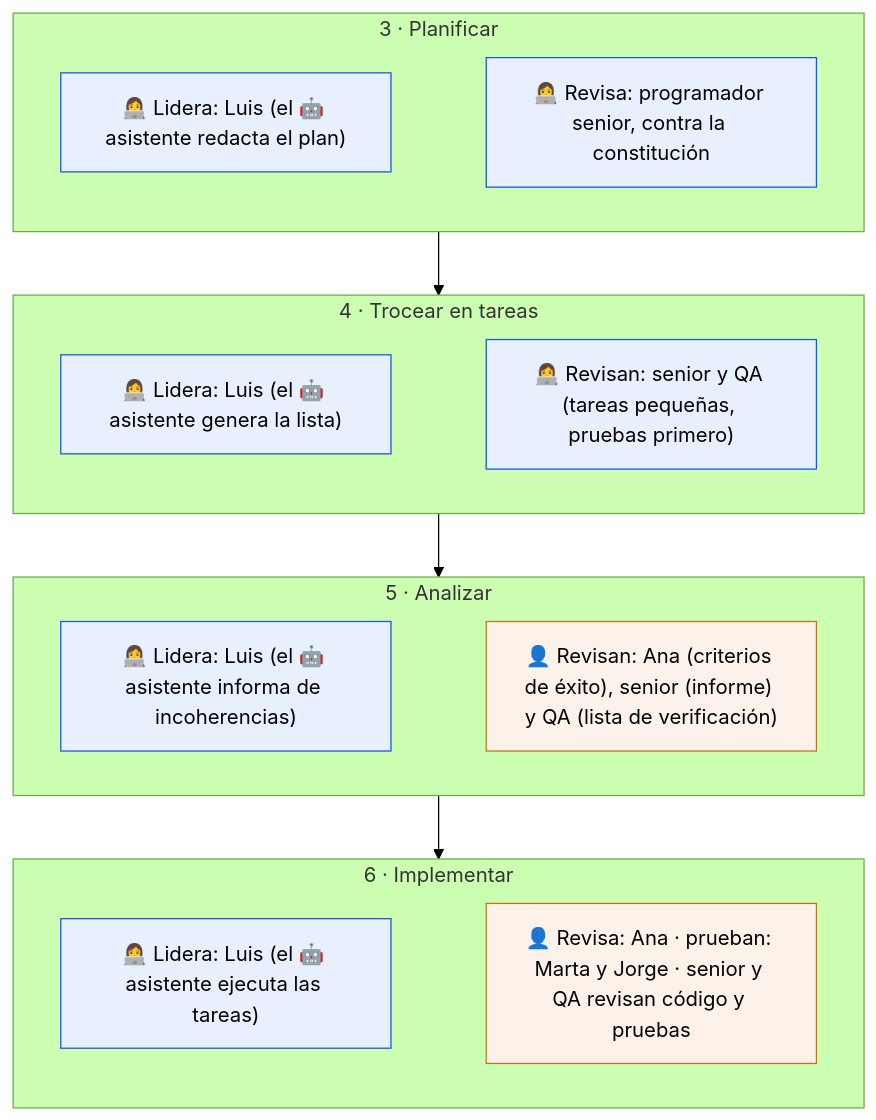
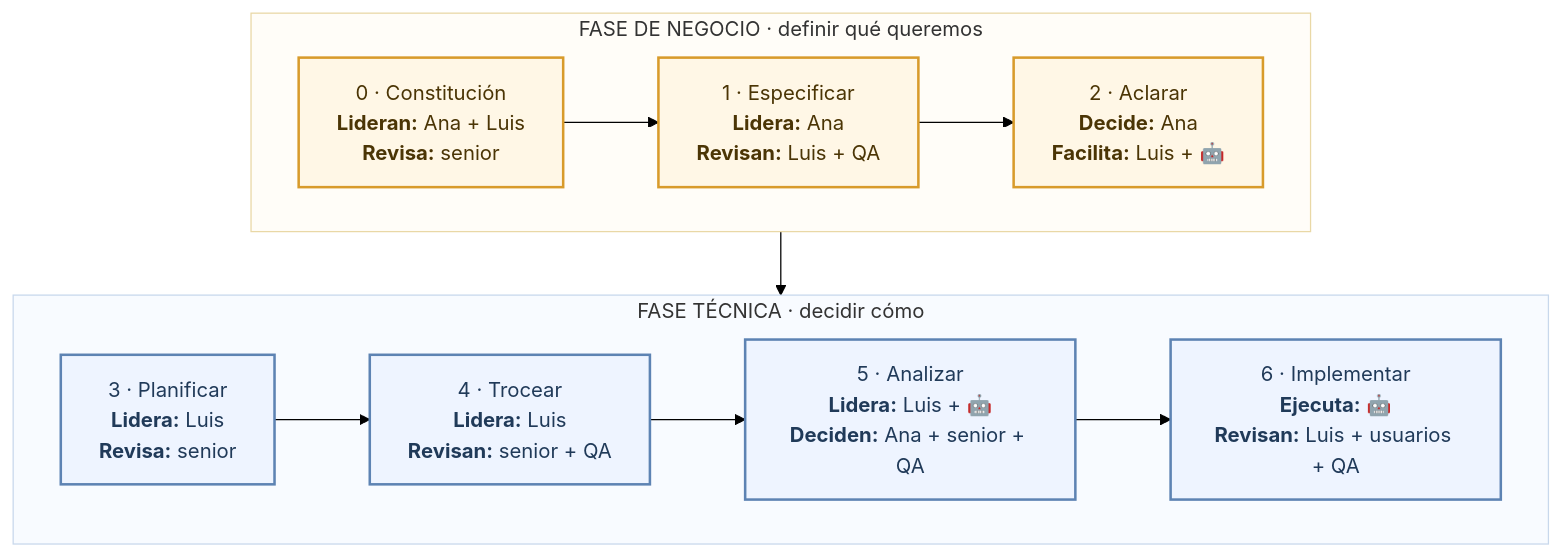
One commit to antroc/charla-sdd changed the first of 3 diagrams in diagramas/04-roles-y-participacion.md. Above: the diagram before and after it, drawn with Mermaid (forest theme). The commit also changed other lines of this file and 5 other files, not shown here.

Commit message:
Mejorar visualmente los diagramas Mermaid

````diff
--- a/diagramas/04-roles-y-participacion.md
+++ b/diagramas/04-roles-y-participacion.md
@@ -52,28 +20,30 @@
 ```mermaid
 flowchart TD
-  subgraph p3 ["3 · Planificar"]
-    l3["👩‍💻 Lidera: Luis (el 🤖 asistente redacta el plan)"]
-    r3["👩‍💻 Revisa: programador senior, contra la constitución"]
+  subgraph negocio["FASE DE NEGOCIO · definir qué queremos"]
+    direction LR
+    p0["0 · Constitución<br/><b>Lideran:</b> Ana + Luis<br/><b>Revisa:</b> senior"]
+    p1["1 · Especificar<br/><b>Lidera:</b> Ana<br/><b>Revisan:</b> Luis + QA"]
+    p2["2 · Aclarar<br/><b>Decide:</b> Ana<br/><b>Facilita:</b> Luis + 🤖"]
+    p0 --> p1 --> p2
   end
-  subgraph p4 ["4 · Trocear en tareas"]
-    l4["👩‍💻 Lidera: Luis (el 🤖 asistente genera la lista)"]
-    r4["👩‍💻 Revisan: senior y QA (tareas pequeñas, pruebas primero)"]
+
+  subgraph tecnica["FASE TÉCNICA · decidir cómo"]
+    direction LR
+    p3["3 · Planificar<br/><b>Lidera:</b> Luis<br/><b>Revisa:</b> senior"]
+    p4["4 · Trocear<br/><b>Lidera:</b> Luis<br/><b>Revisan:</b> senior + QA"]
+    p5["5 · Analizar<br/><b>Lidera:</b> Luis + 🤖<br/><b>Deciden:</b> Ana + senior + QA"]
+    p6["6 · Implementar<br/><b>Ejecuta:</b> 🤖<br/><b>Revisan:</b> Luis + usuarios + QA"]
+    p3 --> p4 --> p5 --> p6
   end
-  subgraph p5 ["5 · Analizar"]
-    l5["👩‍💻 Lidera: Luis (el 🤖 asistente informa de incoherencias)"]
-    r5["👤 Revisan: Ana (criterios de éxito), senior (informe) y QA (lista de verificación)"]
-  end
-  subgraph p6 ["6 · Implementar"]
-    l6["👩‍💻 Lidera: Luis (el 🤖 asistente ejecuta las tareas)"]
-    r6["👤 Revisa: Ana · prueban: Marta y Jorge · senior y QA revisan código y pruebas"]
-  end
-  l3 ~~~ r3
-  l4 ~~~ r4
-  l5 ~~~ r5
-  l6 ~~~ r6
-  p3 --> p4 --> p5 --> p6
-  classDef negocio fill:#FDF2E9,stroke:#B7791F;
-  classDef dev fill:#E8F0FE,stroke:#1A56DB;
-  class l3,l4,l5,l6,r3,r4 dev;
-  class r5,r6 negocio;
+
+  p2 --> p3
+
+  classDef business fill:#FFF7E6,stroke:#D89B2B,stroke-width:2px,color:#4B3505;
+  classDef tech fill:#EEF4FF,stroke:#5D83B3,stroke-width:2px,color:#203A59;
+
+  class p0,p1,p2 business;
+  class p3,p4,p5,p6 tech;
+
+  style negocio fill:#FFFDF8,stroke:#E9D8A6
+  style tecnica fill:#F8FBFF,stroke:#C8D8EC
 ```
````
